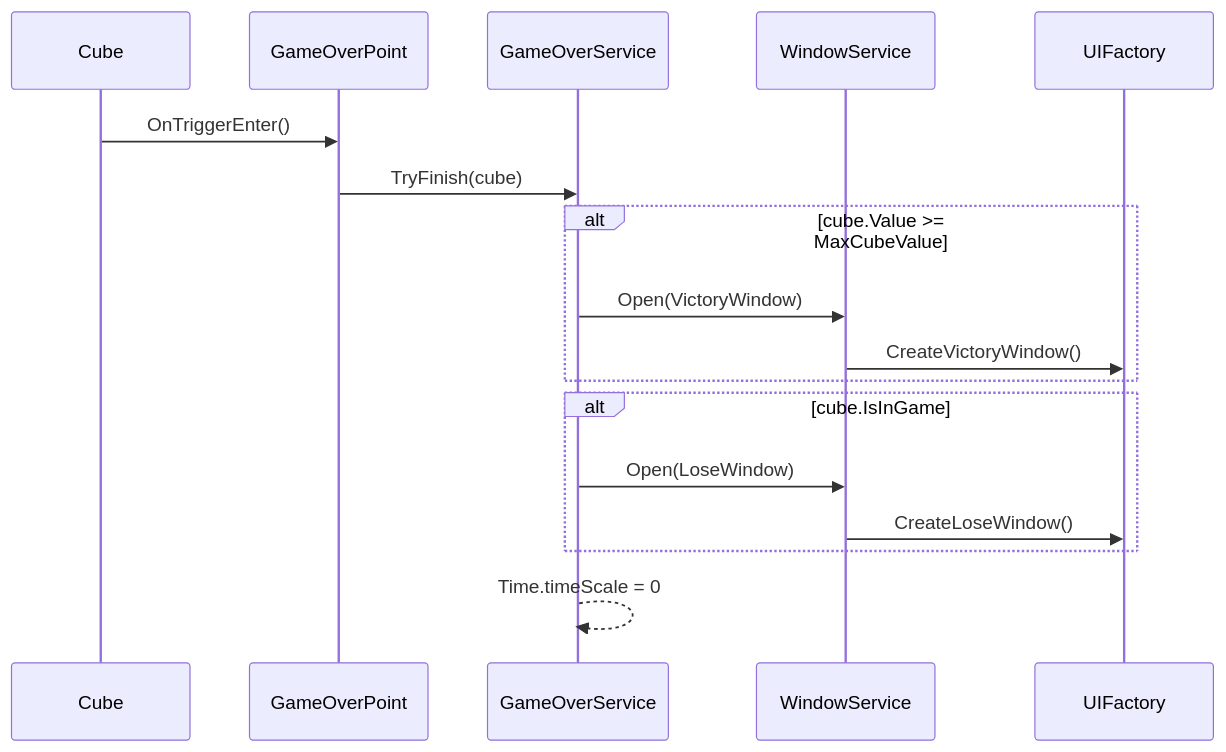
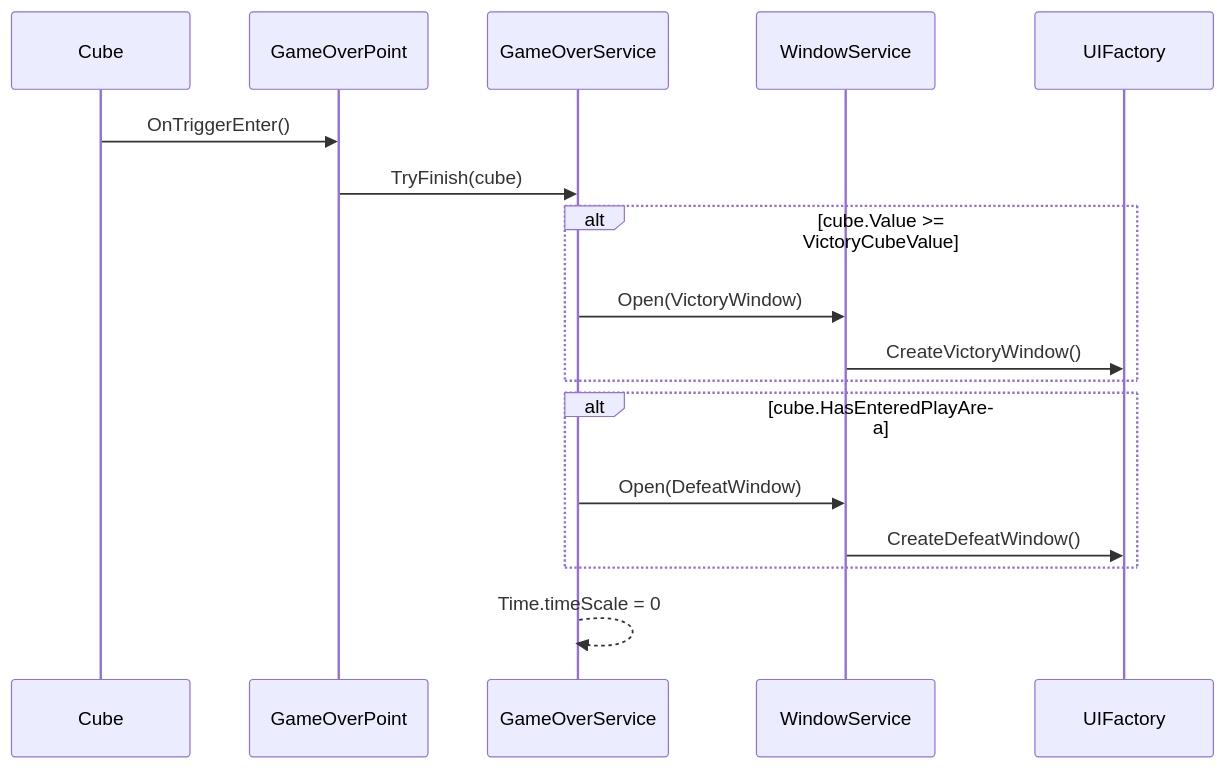
One commit to Olsney/2048 changed the fifth of 6 diagrams in src/2048/ARCHITECTURE.md. Above: the diagram before and after it, drawn with Mermaid. The commit also changed other lines of this file and 13 other files, not shown here.

````diff
--- a/src/2048/ARCHITECTURE.md
+++ b/src/2048/ARCHITECTURE.md
@@ -489,23 +489,23 @@
 ```mermaid
 sequenceDiagram
     participant C as Cube
     participant GOP as GameOverPoint
     participant GOS as GameOverService
     participant WS as WindowService
     participant UIF as UIFactory
 
     C->>GOP: OnTriggerEnter()
     GOP->>GOS: TryFinish(cube)
 
-    alt cube.Value >= MaxCubeValue
+    alt cube.Value >= VictoryCubeValue
         GOS->>WS: Open(VictoryWindow)
         WS->>UIF: CreateVictoryWindow()
     end
 
-    alt cube.IsInGame
-        GOS->>WS: Open(LoseWindow)
-        WS->>UIF: CreateLoseWindow()
+    alt cube.HasEnteredPlayArea
+        GOS->>WS: Open(DefeatWindow)
+        WS->>UIF: CreateDefeatWindow()
     end
 
     GOS-->>GOS: Time.timeScale = 0
 ```
````
